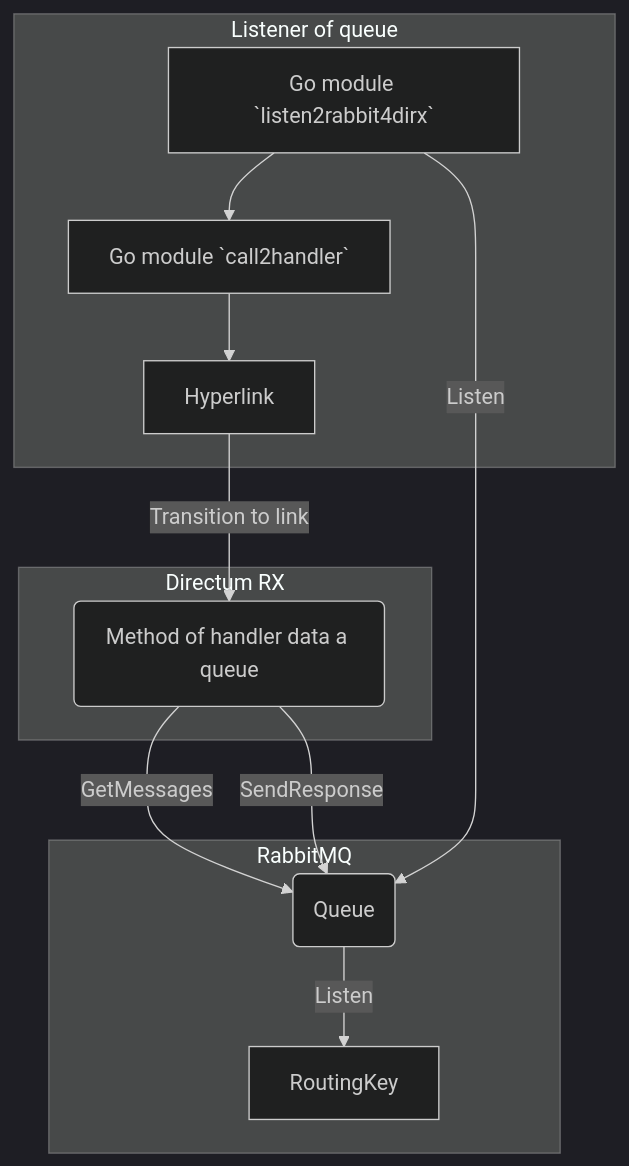
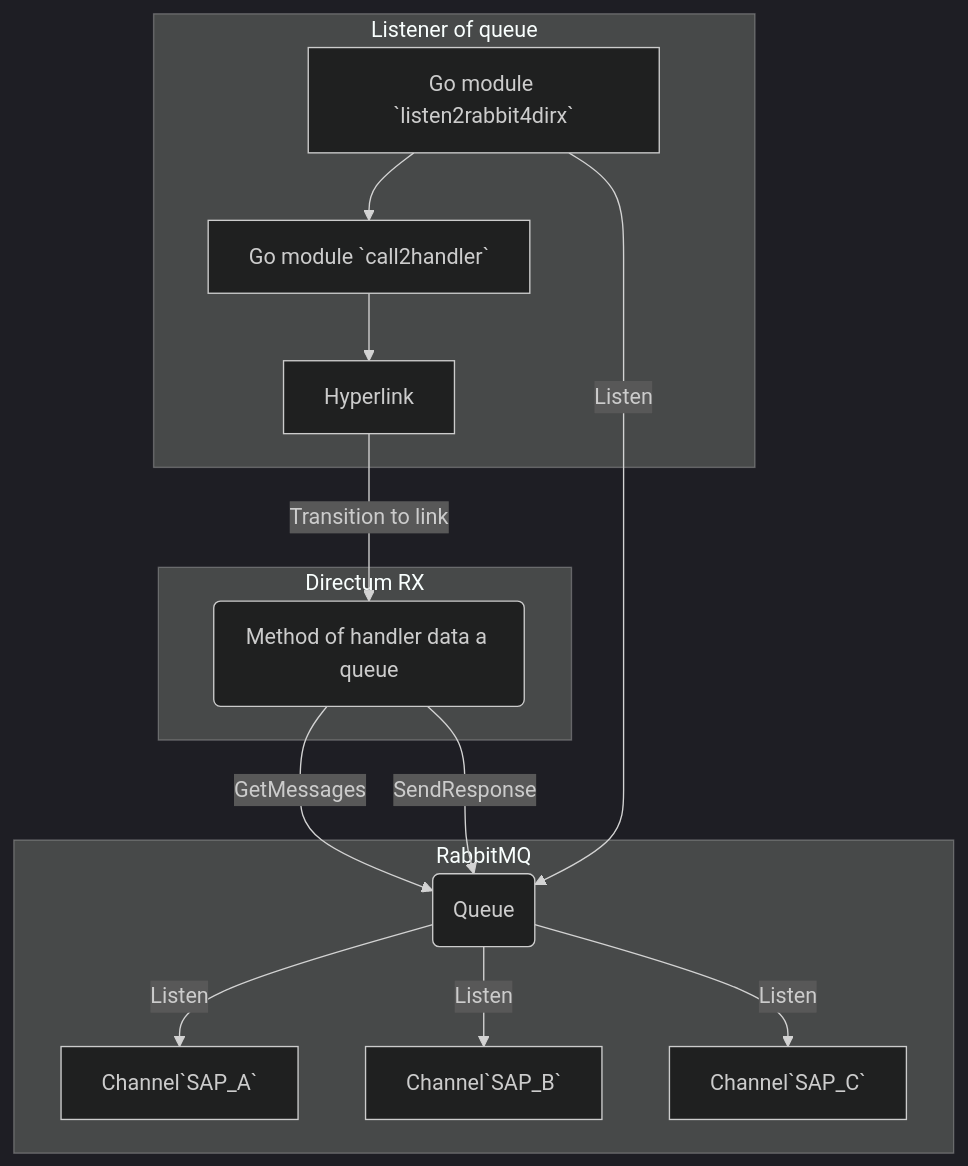
The diagram in README.md (blablatov/listen2rabbit4dirx), drawn with Mermaid (dark theme) before and after one commit. The commit also changed other lines of this file, not shown here.

````diff
--- a/README.md
+++ b/README.md
@@ -19,23 +19,25 @@
 ```mermaid
 graph TB
 
   SubGraph1Flow
   subgraph "RabbitMQ"
   SubGraph1Flow(Queue)
-  SubGraph1Flow -- Listen --> RoutingKey
+  SubGraph1Flow -- Listen --> Channel`SAP_A`
+  SubGraph1Flow -- Listen --> Channel`SAP_B`
+  SubGraph1Flow -- Listen --> Channel`SAP_C`
 
   end
  
   SubGraph2
   subgraph "Directum RX"
   SubGraph2Flow(Method of handler data a queue)
   SubGraph2Flow -- GetMessages --> SubGraph1Flow
   SubGraph2Flow -- SendResponse --> SubGraph1Flow
   end
 
   subgraph "Listener of queue"
   Node1[Go module `listen2rabbit4dirx`] -- Listen --> SubGraph1Flow
   Node1 --> Node2[Go module `call2handler`] --> SubGraph2[Hyperlink] -- Transition to link --> SubGraph2Flow  
 
 end
 ```  
````
